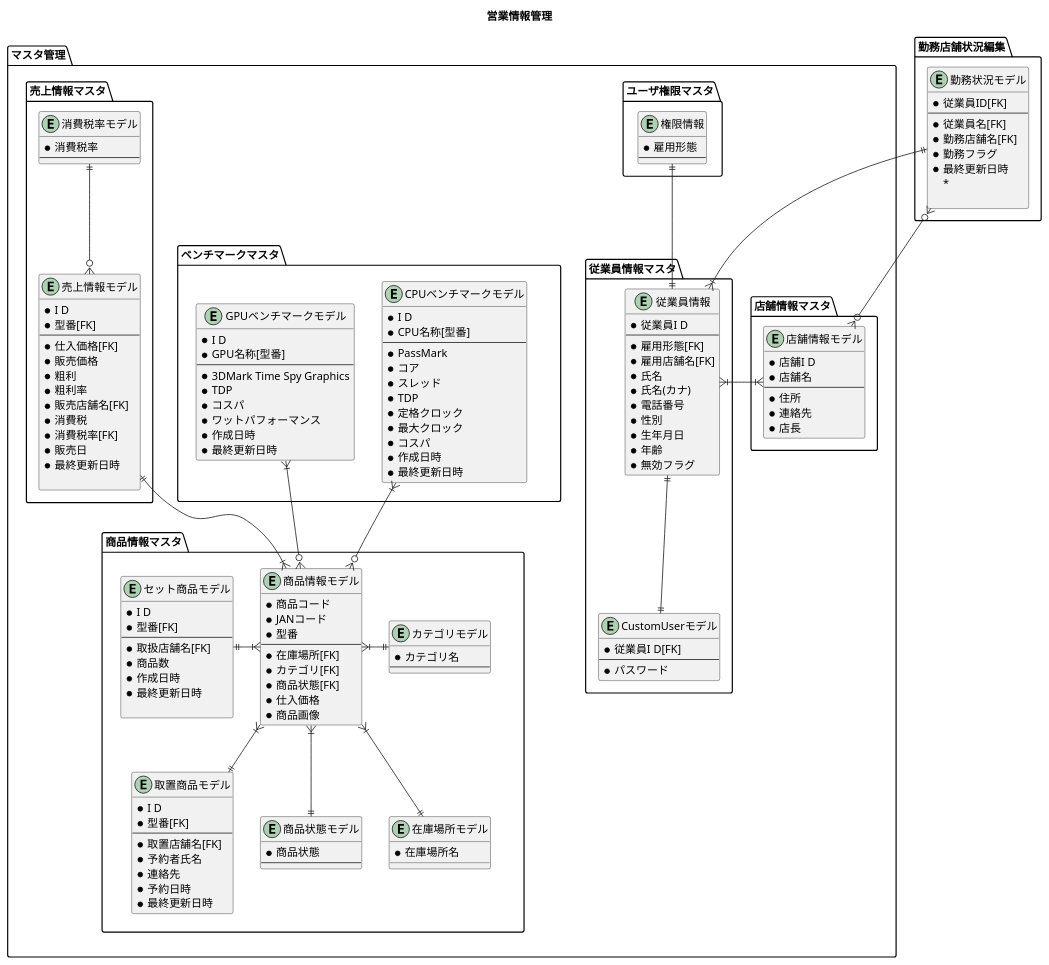
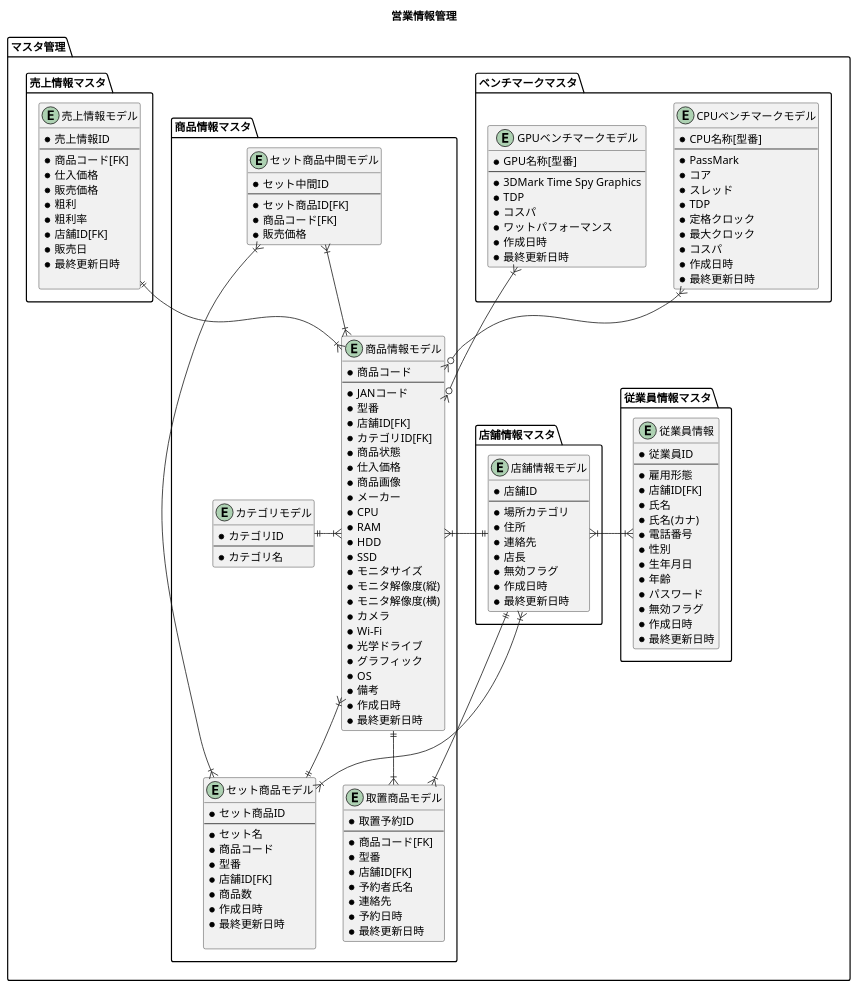
Before and after one commit to HaruShim/Sotuken: the diagram in 各種設計書/5クラス図/ER図.plantuml, drawn with PlantUML. The commit also changed 2 other files, not shown here.

```diff
--- a/各種設計書/5クラス図/ER図.plantuml
+++ b/各種設計書/5クラス図/ER図.plantuml
@@ -7,89 +7,124 @@
 package "マスタ管理" as mastermana {
   package "従業員情報マスタ"{
     entity "従業員情報" as M02{
-      *従業員I D
+      *従業員ID
       --
-      *雇用形態[FK]
-      *雇用店舗名[FK]
+      *雇用形態
+      ' 0 : 管理者  1 : 正規社員  2 : 非正規社員
+      *店舗ID[FK]
       *氏名
       *氏名(カナ)
       *電話番号
       *性別
       *生年月日
       *年齢
+      *パスワード
       *無効フラグ
+      *作成日時
+      *最終更新日時
     }
-    entity "CustomUserモデル" as M03{
-      *従業員I D[FK]
-      --
-      *パスワード
-    }
+    ' entity "CustomUserモデル" as M03{
+    '   *従業員ID[FK]
+    '   --
+    ' }
   }
   package "店舗情報マスタ"{
     entity "店舗情報モデル" as M04{
-      *店舗I D
-      *店舗名
+      *店舗ID
       --
+      *場所カテゴリ
+      ' 0 : 店舗  1 : 倉庫
       *住所
       *連絡先
       *店長
+      *無効フラグ
+      *作成日時
+      *最終更新日時
     }
   }
-  package "ユーザ権限マスタ"{
-    entity "権限情報" as M05{
-      *雇用形態
-      --
-    }
-  }
+  ' package "ユーザ権限マスタ"{
+  '   ' entity "権限情報" as M05{
+  '   '   *雇用形態
+  '   '   --
+  '   ' }
+  ' }
   package "商品情報マスタ"{
     entity "商品情報モデル" as M01 {
       *商品コード
+      --
       *JANコード
       *型番
-      --
-      *在庫場所[FK]
-      *カテゴリ[FK]
-      *商品状態[FK]
+      ' 在庫場所
+      *店舗ID[FK]
+      *カテゴリID[FK]
+      *商品状態
+      ' 0 : 販売中  1 : 販売済  2 : 修理中  3 : 取置
       *仕入価格
       *商品画像
+      *メーカー
+      *CPU
+      *RAM
+      *HDD
+      *SSD
+      *モニタサイズ
+      *モニタ解像度(縦)
+      *モニタ解像度(横)
+      *カメラ
+      ' 0:無 1:有
+      *Wi-Fi
+      ' 0:無 1:有
+      *光学ドライブ
+      ' 0:無 1:有
+      *グラフィック
+      *OS
+      *備考
+      *作成日時
+      *最終更新日時
     }
 
     entity "セット商品モデル" as M14{
-      *I D
-      *型番[FK]
+      *セット商品ID
       --
-      *取扱店舗名[FK]
+      *セット名
+      *商品コード
+      *型番
+      *店舗ID[FK]
       *商品数
       *作成日時
       *最終更新日時
       
     }
+    entity "セット商品中間モデル" as M16{
+      *セット中間ID
+      --
+      *セット商品ID[FK]
+      *商品コード[FK]
+      *販売価格
+    }
     entity "取置商品モデル" as M07{
-      *I D
-      *型番[FK]
+      *取置予約ID
       --
-      *取置店舗名[FK]
+      *商品コード[FK]
+      *型番
+      *店舗ID[FK]
       *予約者氏名
       *連絡先
       *予約日時
       *最終更新日時
     }
     entity "カテゴリモデル" as M10 {
+      *カテゴリID
+      --
       *カテゴリ名
-      --
     }
-    entity "商品状態モデル" as M11 {
-      *商品状態
-      --
-    }
-    entity "在庫場所モデル" as M12 {
-      *在庫場所名
-    }
-
+    ' entity "商品状態モデル" as M11 {
+    '   *商品状態
+    '   --
+    ' }
+    
   }
   package "ベンチマークマスタ"{
     entity "CPUベンチマークモデル" as M08 {
-      *I D
       *CPU名称[型番]
       --
       *PassMark
@@ -103,7 +138,6 @@
       *最終更新日時
     }
     entity "GPUベンチマークモデル" as M09 {
-      *I D
       *GPU名称[型番]
       --
       *3DMark Time Spy Graphics
@@ -116,60 +150,50 @@
   }
   package "売上情報マスタ" {
     entity "売上情報モデル" as M06{
-      *I D
-      *型番[FK]
+      *売上情報ID
       --
-      *仕入価格[FK]
+      *商品コード[FK]
+      *仕入価格
       *販売価格
       *粗利
       *粗利率
-      *販売店舗名[FK]
-      *消費税
-      *消費税率[FK]
+      *店舗ID[FK]
       *販売日
       *最終更新日時
       
     }
-    entity "消費税率モデル" as M13 {
-      *消費税率
-      --
-    }
   }
 }
 
-package "勤務店舗状況編集"{
-  entity "勤務状況モデル" as M15{
-    *従業員ID[FK]
-    --
-    *従業員名[FK]
-    *勤務店舗名[FK]
-    *勤務フラグ
-    *最終更新日時
-    *
+' package "勤務店舗状況編集"{
+'   entity "勤務状況モデル" as M15{
+'     *従業員ID[FK]
+'     --
+'     *従業員名[FK]
+'     *勤務店舗名[FK]
+'     *勤務フラグ
+'     *最終更新日時
     
-  }
-}
+'   }
+' }
 
-ベンチマークマスタ -[hidden]up- 商品情報マスタ
+' ベンチマークマスタ -[hidden]up- 商品情報マスタ
+' 店舗情報マスタ -[hidden]left- 商品情報マスタ
 
-M02 ||--|| M03
+
 M02 }|-r-|{ M04
-M02 ||-u-|| M05
-M13 ||--o{ M06
 M08 }|--o{ M01
 M09 }|--o{ M01
-M07 -[hidden]right-M11
-M11 -[hidden]right-M12
-' M10 -[hidden]down- M11
-' M11 -[hidden]down- M12
+M16 }|--|{ M01
+M16 }|--|{ M14
+M01 ||-d-|{ M07
+M07 }|--|| M04
+M04 }|--|{ M14
 M06 ||--|{ M01
-M10 ||-l-|{ M01
-M11 ||-l-|{ M01
-M12 ||-u-|{ M01 
-M14 ||-r-|{ M01 
-M07 ||-u-|{ M01
-M15 ||--|{ M02
-M15 }o--o{ M04
+M10 ||-r-|{ M01
+M04 ||--|{ M01 
+M14 ||-u-|{ M01 
+
 
 
 ' M08 -[hidden]down- M09
```
